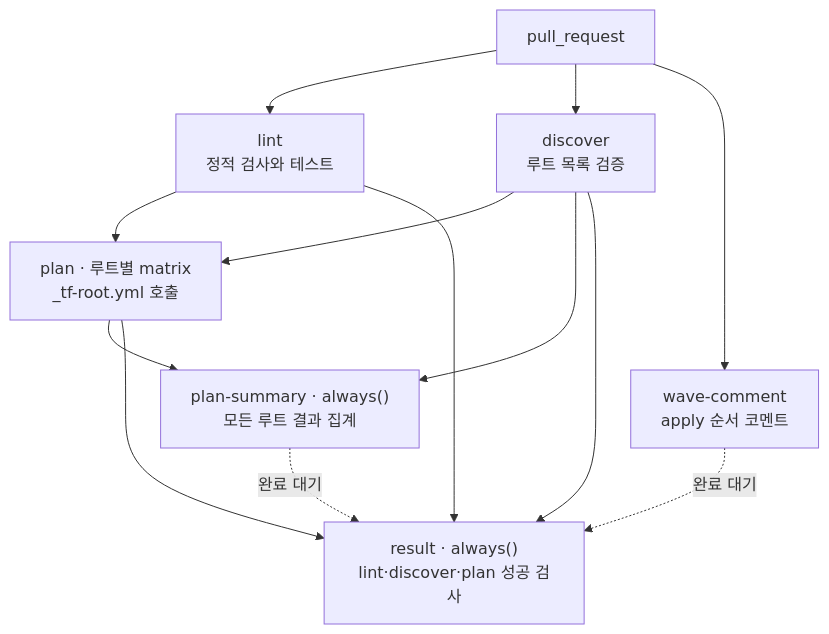
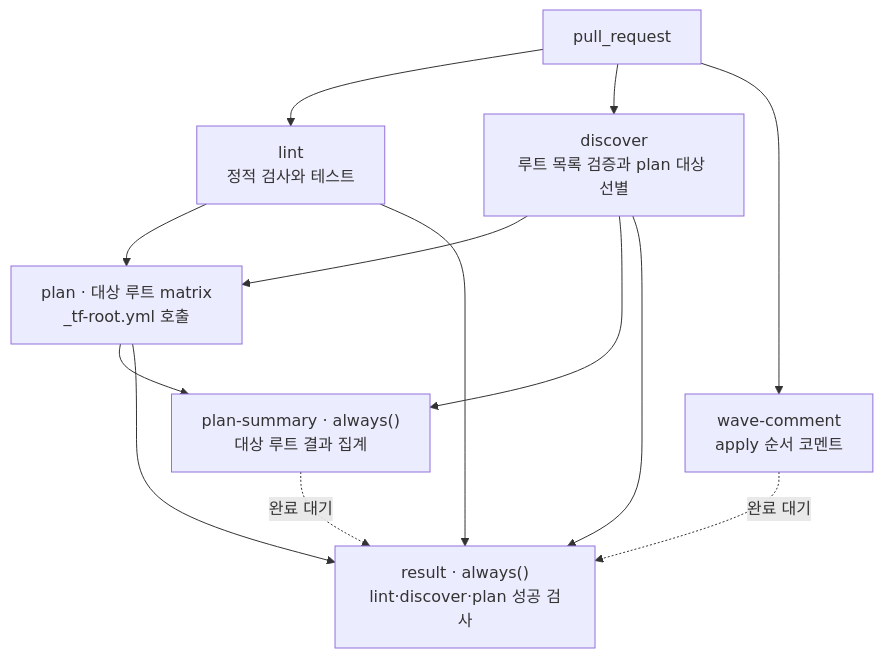
One commit to kintoun-secops/kintoun-infra changed the first of 2 diagrams in docs/ci/plan.md. Above: the diagram before and after it, drawn with Mermaid. The commit also changed other lines of this file and 16 other files, not shown here.

````diff
--- a/docs/ci/plan.md
+++ b/docs/ci/plan.md
@@ -8,15 +8,15 @@
 ```mermaid
 flowchart TD
     PR["pull_request"] --> Lint["lint<br/>정적 검사와 테스트"]
-    PR --> Discover["discover<br/>루트 목록 검증"]
+    PR --> Discover["discover<br/>루트 목록 검증과 plan 대상 선별"]
     PR --> Wave["wave-comment<br/>apply 순서 코멘트"]
-    Lint --> Plan["plan · 루트별 matrix<br/>_tf-root.yml 호출"]
+    Lint --> Plan["plan · 대상 루트 matrix<br/>_tf-root.yml 호출"]
     Discover --> Plan
-    Discover --> Summary["plan-summary · always()<br/>모든 루트 결과 집계"]
+    Discover --> Summary["plan-summary · always()<br/>대상 루트 결과 집계"]
     Plan --> Summary
     Lint --> Result["result · always()<br/>lint·discover·plan 성공 검사"]
     Discover --> Result
     Plan --> Result
     Wave -.->|완료 대기| Result
     Summary -.->|완료 대기| Result
 ```
````
